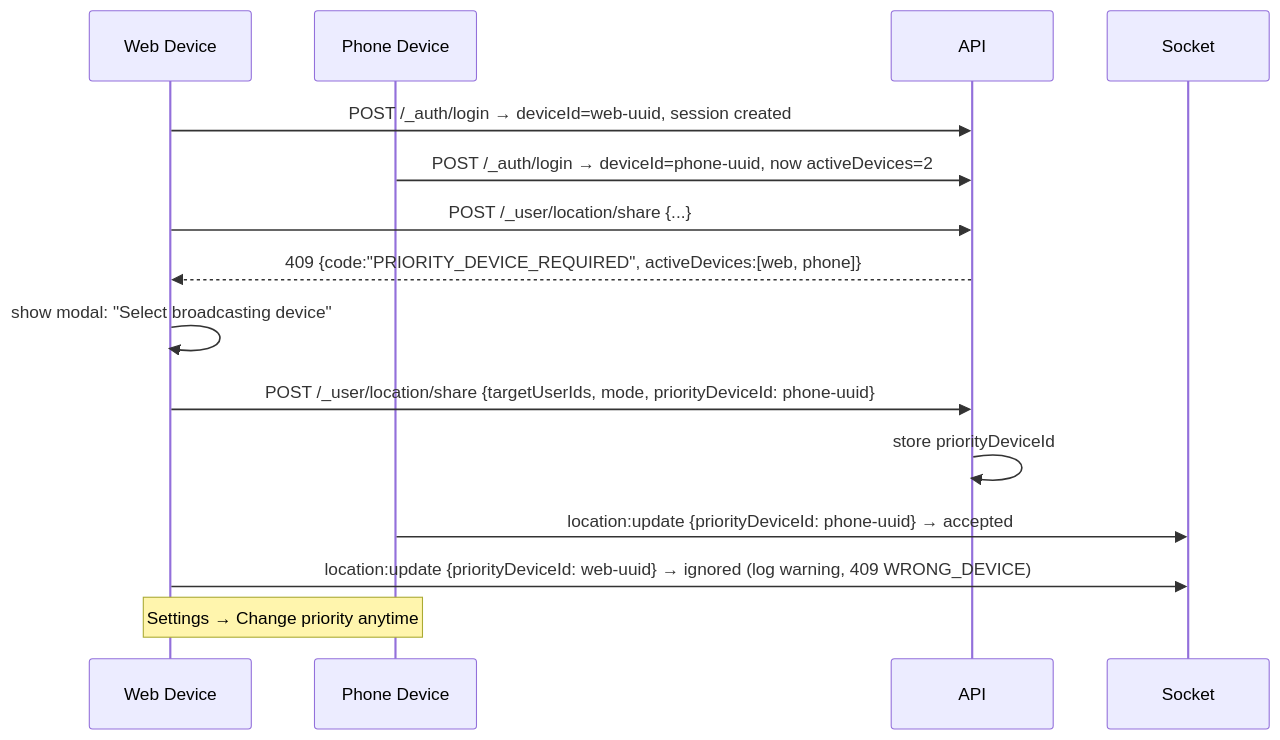
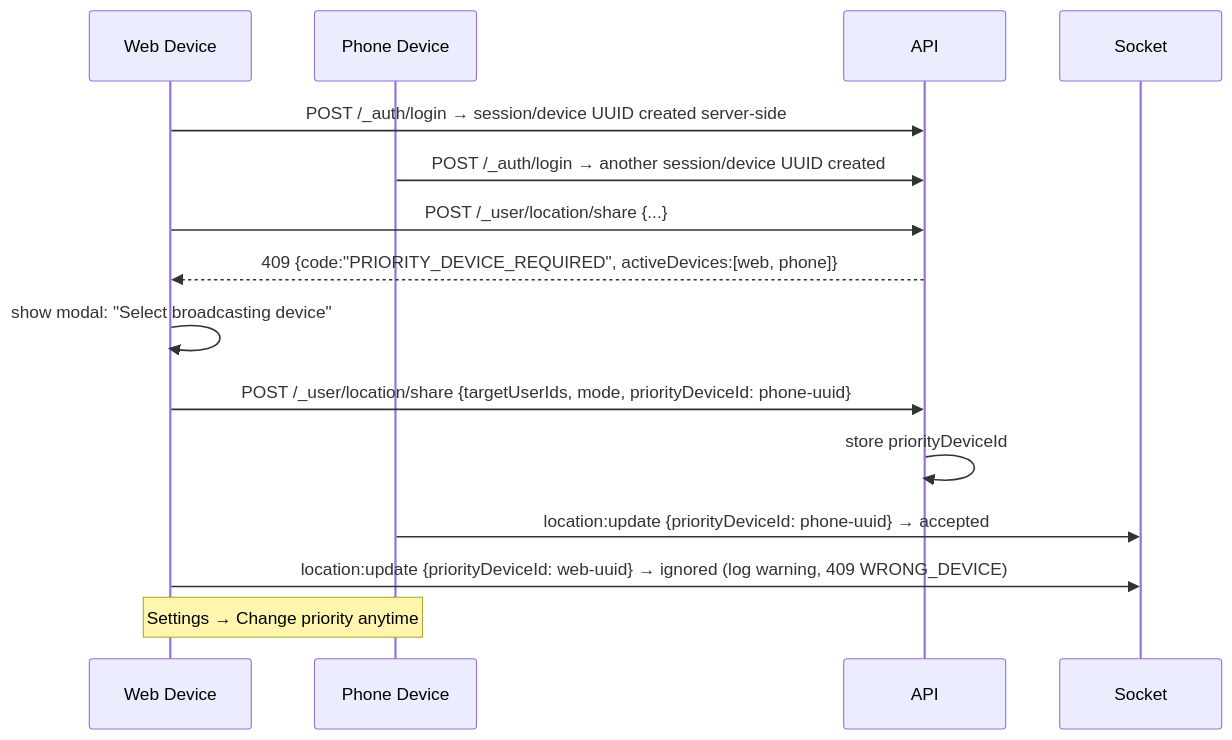
One commit to komeilm76/borobiya changed the third of 5 diagrams in docs/DIAGRAMS/LOCATION_SEQUENCE.md. Above: the diagram before and after it, drawn with Mermaid. The commit also changed 20 other files, not shown here.

Commit message:
feat(server): implement login and JWT session issuance T1.2.2

````diff
--- a/docs/DIAGRAMS/LOCATION_SEQUENCE.md
+++ b/docs/DIAGRAMS/LOCATION_SEQUENCE.md
@@ -59,16 +59,16 @@
 ```mermaid
 sequenceDiagram
   participant Web as Web Device
   participant Phone as Phone Device
   participant API
-  Web->>API: POST /_auth/login → deviceId=web-uuid, session created
-  Phone->>API: POST /_auth/login → deviceId=phone-uuid, now activeDevices=2
+  Web->>API: POST /_auth/login → session/device UUID created server-side
+  Phone->>API: POST /_auth/login → another session/device UUID created
   Web->>API: POST /_user/location/share {...}
   API-->>Web: 409 {code:"PRIORITY_DEVICE_REQUIRED", activeDevices:[web, phone]}
   Web->>Web: show modal: "Select broadcasting device"
   Web->>API: POST /_user/location/share {targetUserIds, mode, priorityDeviceId: phone-uuid}
   API->>API: store priorityDeviceId
   Phone->>Socket: location:update {priorityDeviceId: phone-uuid} → accepted
   Web->>Socket: location:update {priorityDeviceId: web-uuid} → ignored (log warning, 409 WRONG_DEVICE)
   Note over Web,Phone: Settings → Change priority anytime
 ```
````
